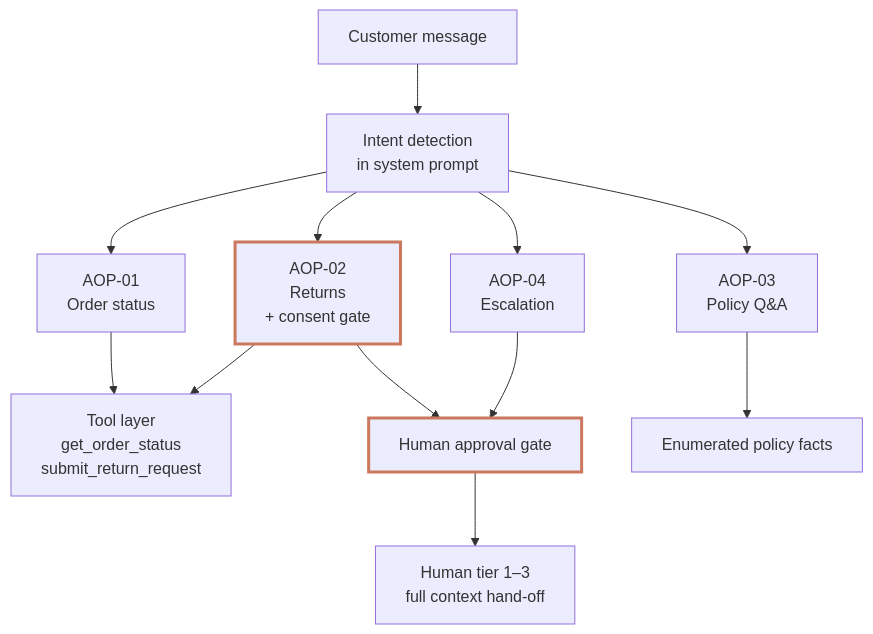
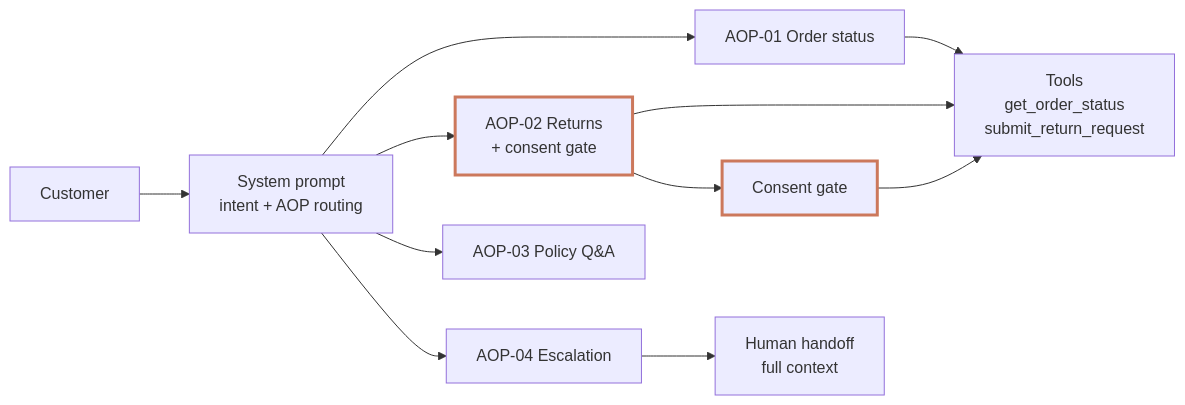
The diagram in DESIGN.md (MumboJumbo123/bookly-agent), drawn with Mermaid before and after one commit. The commit also changed other lines of this file and 2 other files, not shown here.

````diff
--- a/DESIGN.md
+++ b/DESIGN.md
@@ -13,18 +11,15 @@
 ```mermaid
-flowchart TD
-    A[Customer message] --> B[Intent detection<br/>in system prompt]
-    B --> C[AOP-01<br/>Order status]
-    B --> D[AOP-02<br/>Returns<br/>+ consent gate]
-    B --> E[AOP-03<br/>Policy Q&A]
-    B --> F[AOP-04<br/>Escalation]
-
-    C --> T[Tool layer<br/>get_order_status<br/>submit_return_request]
+flowchart LR
+    A[Customer] --> B[System prompt<br/>intent + AOP routing]
+    B --> C[AOP-01 Order status]
+    B --> D[AOP-02 Returns<br/>+ consent gate]
+    B --> E[AOP-03 Policy Q&A]
+    B --> F[AOP-04 Escalation]
+    C --> T[Tools<br/>get_order_status<br/>submit_return_request]
     D --> T
-    D --> G[Human approval gate]
-    E --> P[Enumerated policy facts]
-    F --> G
-    G --> H[Human tier 1–3<br/>full context hand-off]
-
+    D --> G[Consent gate]
+    F --> H[Human handoff<br/>full context]
+    G --> T
     style D stroke:#CC785C,stroke-width:3px
     style G stroke:#CC785C,stroke-width:3px
 ```
````
